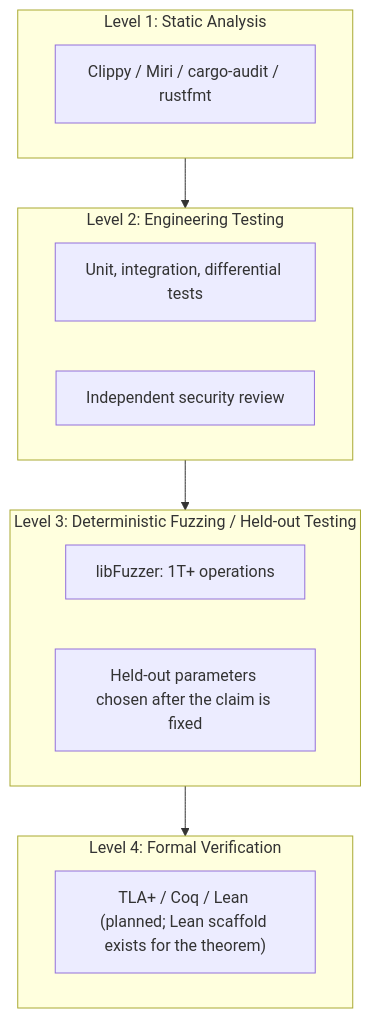
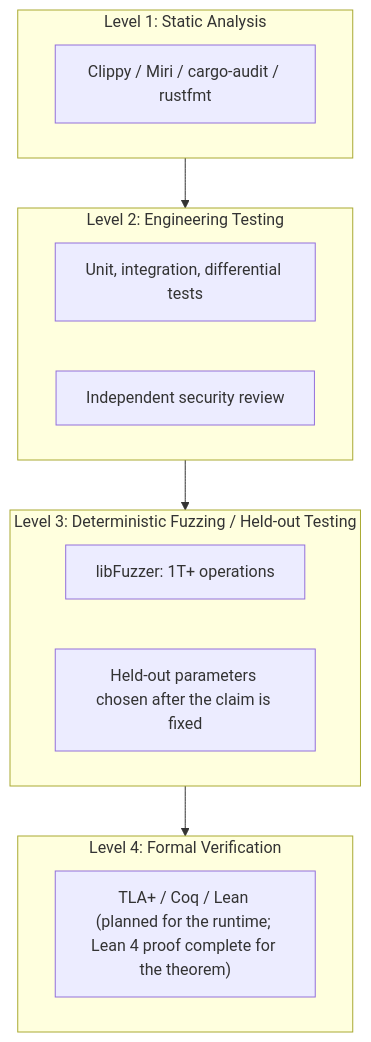
The second of 3 diagrams in PITCH.md (RFT-SIRM/UltraCore-RFT), drawn with Mermaid before and after one commit. The commit also changed other lines of this file and 5 other files, not shown here.

Commit message:
Record the Lean 4 proof of Evgeny's Theorem (all m >= 1) across README, AI_GUIDE, PITCH, ARCHITECT, SCIENTIFIC_BASIS, foundations

````diff
--- a/PITCH.md
+++ b/PITCH.md
@@ -315,18 +316,18 @@
 ```mermaid
 flowchart TB
   subgraph L4["Level 4: Formal Verification"]
-    TLA["TLA+ / Coq / Lean (planned; Lean scaffold exists for the theorem)"]
+    TLA["TLA+ / Coq / Lean (planned for the runtime; Lean 4 proof complete for the theorem)"]
   end
   subgraph L3["Level 3: Deterministic Fuzzing / Held-out Testing"]
     FUZZ["libFuzzer: 1T+ operations"]
     HELD["Held-out parameters chosen after the claim is fixed"]
   end
   subgraph L2["Level 2: Engineering Testing"]
     UNIT["Unit, integration, differential tests"]
     AUDIT["Independent security review"]
   end
   subgraph L1["Level 1: Static Analysis"]
     CLIP["Clippy / Miri / cargo-audit / rustfmt"]
   end
   L1 --> L2 --> L3 --> L4
 ```
````
